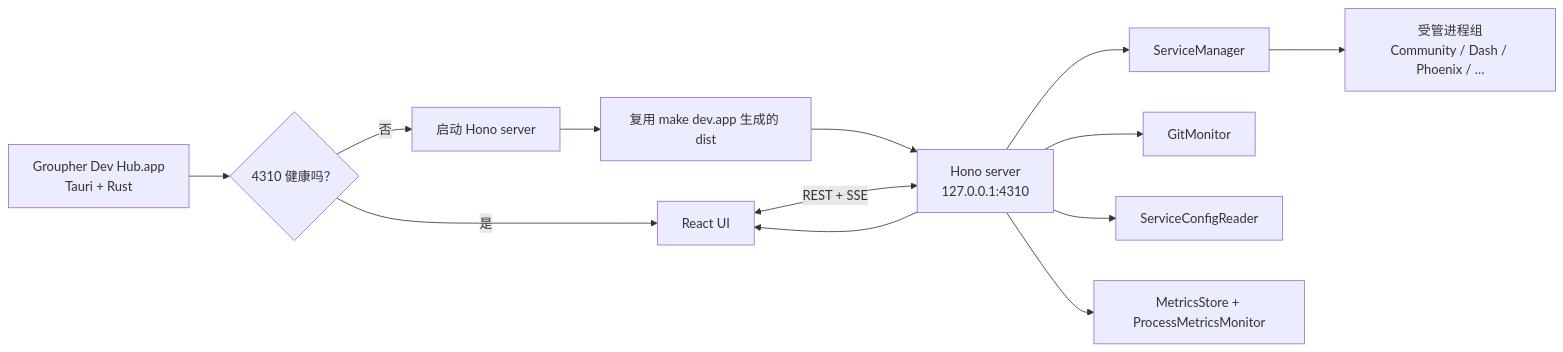
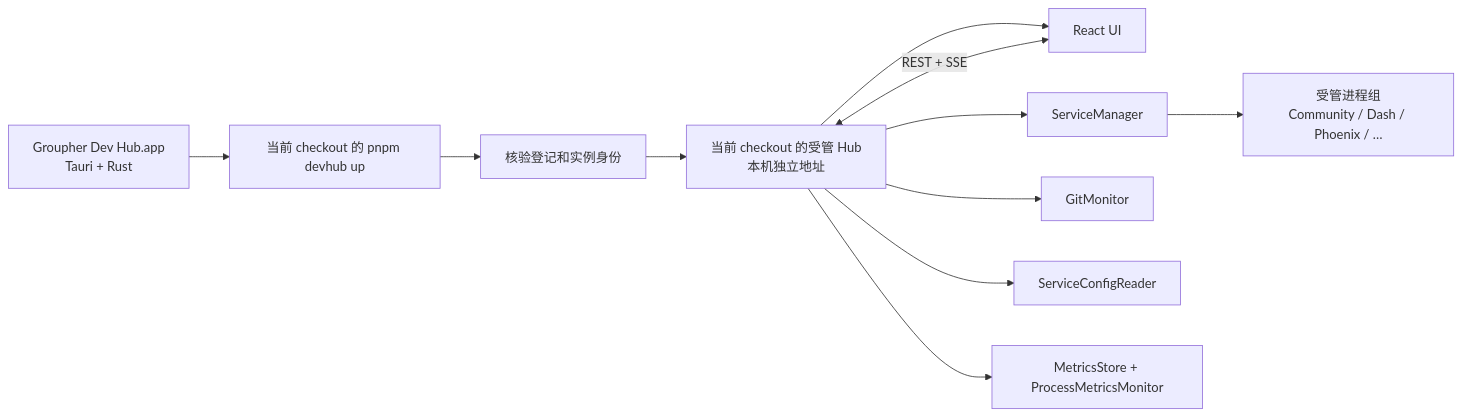
Before and after one commit to groupher/groupher: the diagram in local/dev-hub/README.md, drawn with Mermaid. The commit also changed other lines of this file, not shown here.

Commit message:
chore(fe): correct Dev Hub runtime guidance

````diff
--- a/local/dev-hub/README.md
+++ b/local/dev-hub/README.md
@@ -132,16 +133,14 @@
 ```mermaid
 flowchart LR
-  App["Groupher Dev Hub.app<br/>Tauri + Rust"] --> Health{"4310 健康吗？"}
-  Health -- "是" --> UI["React UI"]
-  Health -- "否" --> Start["启动 Hono server"]
-  Start --> Dist["复用 make dev.app 生成的 dist"]
-  Dist --> Server["Hono server<br/>127.0.0.1:4310"]
-  Server --> UI
+  App["Groupher Dev Hub.app<br/>Tauri + Rust"] --> CLI["当前 checkout 的 pnpm devhub up"]
+  CLI --> Registry["核验登记和实例身份"]
+  Registry --> Server["当前 checkout 的受管 Hub<br/>本机独立地址"]
+  Server --> UI["React UI"]
 
   UI <-- "REST + SSE" --> Server
   Server --> Manager["ServiceManager"]
   Manager --> Processes["受管进程组<br/>Community / Dash / Phoenix / …"]
   Server --> Git["GitMonitor"]
   Server --> Config["ServiceConfigReader"]
   Server --> Metrics["MetricsStore + ProcessMetricsMonitor"]
 ```
````
